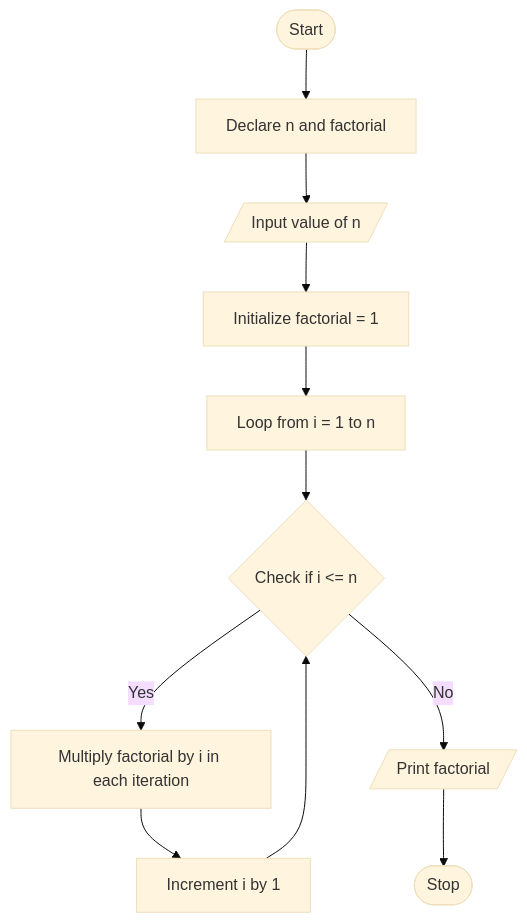
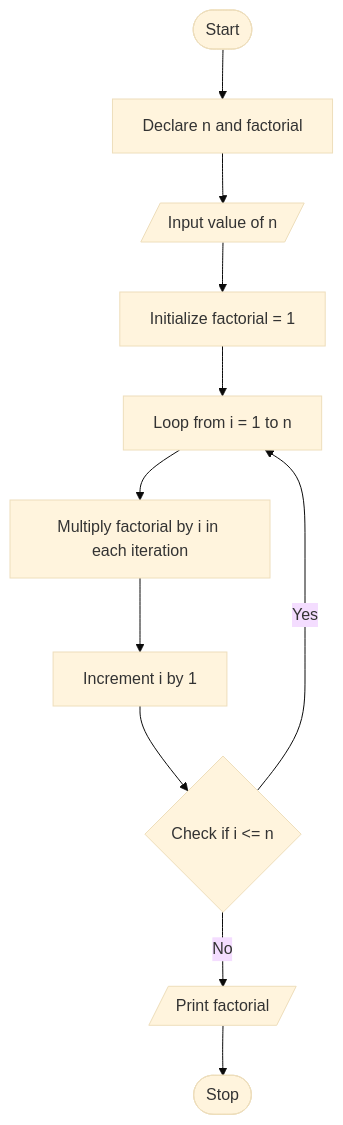
Before and after one commit to Vinit-source/Programming-for-problem-solving: the first of 2 diagrams in PR/P8 - Recursion.md, drawn with Mermaid (base theme). The commit also changed other lines of this file, not shown here.

Commit message:
PR/P8 - Recursion.md updated from https://stackedit.io/

````diff
--- a/PR/P8 - Recursion.md
+++ b/PR/P8 - Recursion.md
@@ -19,16 +19,15 @@
 ```mermaid
     graph TD;
     A([Start]) --> B[Declare n and factorial];
     B --> C[/Input value of n/];
     C --> D[Initialize factorial = 1];
     D --> E[Loop from i = 1 to n];
-    E --> G{Check if i <= n};
-    F[Multiply factorial by i in each iteration];
-    G -- Yes --> F;
+    E --> F[Multiply factorial by i in each iteration];
     F --> FB[Increment i by 1];
-    FB --> G
+    FB --> G{Check if i <= n};
+    G -- Yes --> E;
     G -- No --> H[/Print factorial/];
     H --> I([Stop]);
 
   
 ```
````
